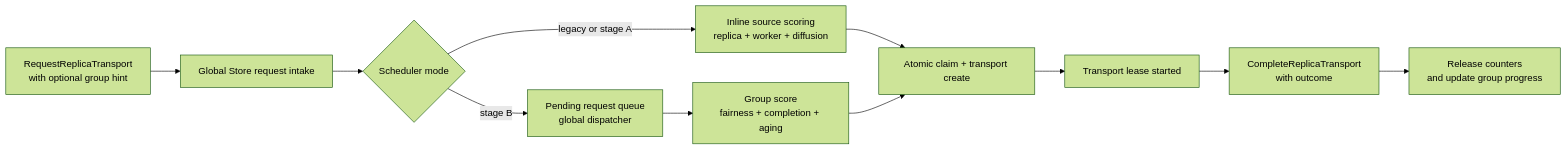
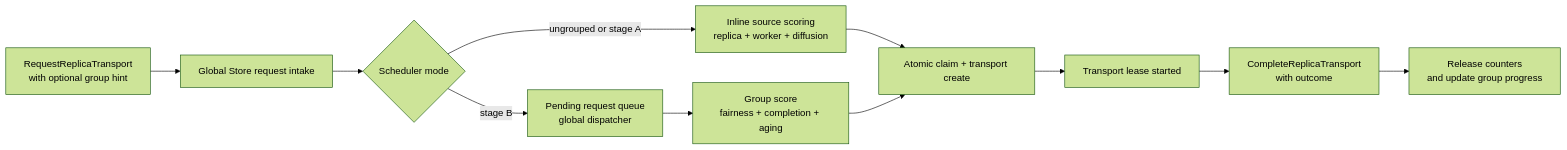
The diagram in docs/designs/0083-group-aware-transport-scheduling.md (tensorcast-ai/tensorcast), drawn with Mermaid (forest theme) before and after one commit. The commit also changed other lines of this file and 33 other files, not shown here.

````diff
--- a/docs/designs/0083-group-aware-transport-scheduling.md
+++ b/docs/designs/0083-group-aware-transport-scheduling.md
@@ -91,13 +91,13 @@
 ```mermaid
 flowchart LR
   A["RequestReplicaTransport\nwith optional group hint"] --> B["Global Store request intake"]
   B --> C{Scheduler mode}
-  C -->|legacy or stage A| D["Inline source scoring\nreplica + worker + diffusion"]
+  C -->|ungrouped or stage A| D["Inline source scoring\nreplica + worker + diffusion"]
   C -->|stage B| E["Pending request queue\nglobal dispatcher"]
   E --> F["Group score\nfairness + completion + aging"]
   D --> G["Atomic claim + transport create"]
   F --> G
   G --> H["Transport lease started"]
   H --> I["CompleteReplicaTransport\nwith outcome"]
   I --> J["Release counters\nand update group progress"]
 ```
````
